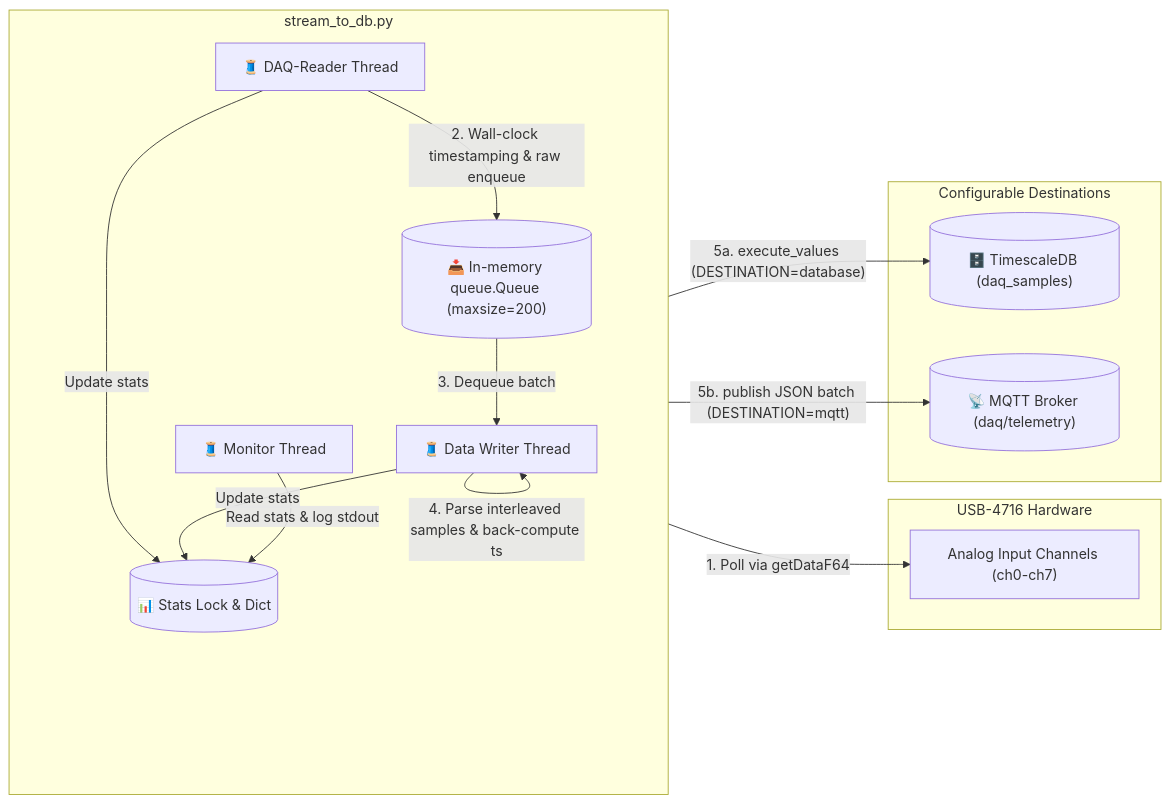
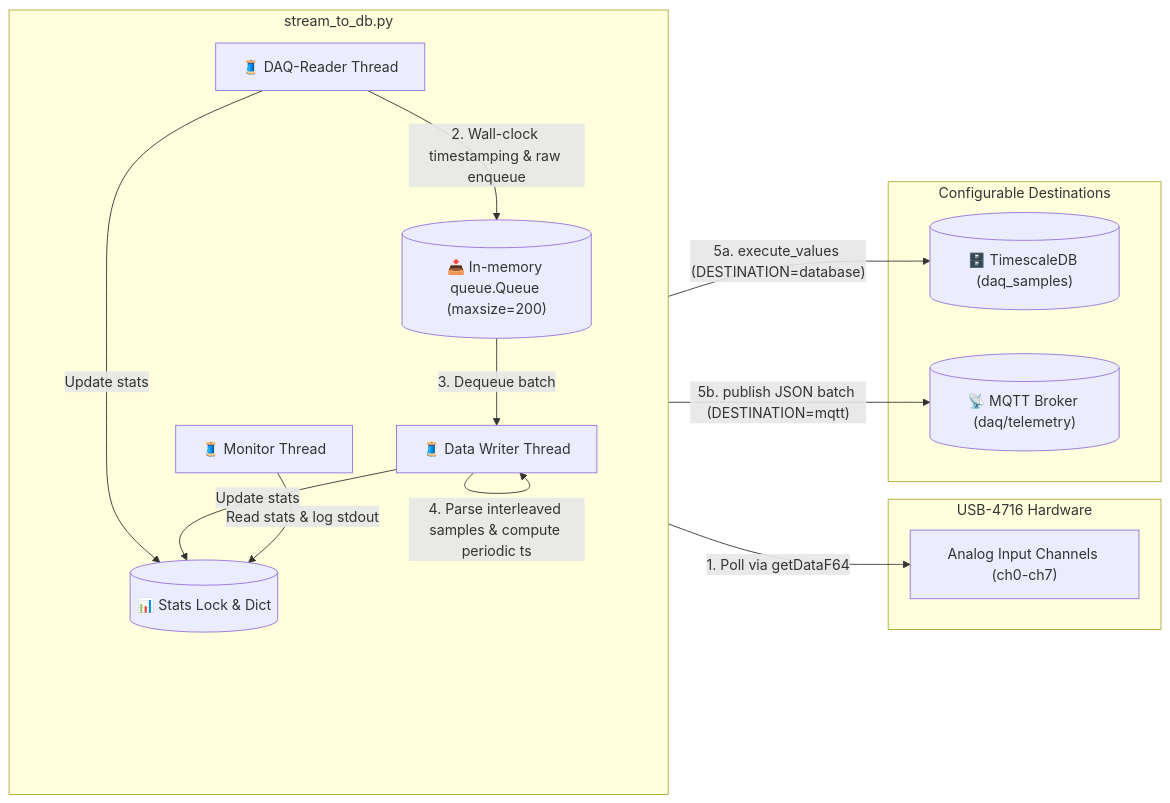
The third of 3 diagrams in README.md (Faiisu/DAQ-USB-4716), drawn with Mermaid before and after one commit. The commit also changed 4 other files, not shown here.

````diff
--- a/README.md
+++ b/README.md
@@ -89,31 +89,31 @@
 ```mermaid
 graph LR
     subgraph HW [USB-4716 Hardware]
         AI["Analog Input Channels (ch0-ch7)"]
     end
 
     subgraph Pipeline [stream_to_db.py]
         direction TB
         DAQThread["🧵 DAQ-Reader Thread"]
         Queue[("📥 In-memory queue.Queue (maxsize=200)")]
         WriterThread["🧵 Data Writer Thread"]
         Stats[("📊 Stats Lock & Dict")]
         MonitorThread["🧵 Monitor Thread"]
 
         DAQThread -->|1. Poll via getDataF64| AI
         DAQThread -->|2. Wall-clock timestamping & raw enqueue| Queue
         DAQThread -->|Update stats| Stats
         Queue -->|3. Dequeue batch| WriterThread
-        WriterThread -->|4. Parse interleaved samples & back-compute ts| WriterThread
+        WriterThread -->|4. Parse interleaved samples & compute periodic ts| WriterThread
         WriterThread -->|Update stats| Stats
         MonitorThread -->|Read stats & log stdout| Stats
     end
 
     subgraph Targets [Configurable Destinations]
         TimescaleDB[("🗄️ TimescaleDB (daq_samples)")]
         MQTTBroker[("📡 MQTT Broker (daq/telemetry)")]
     end
 
     WriterThread -->|"5a. execute_values (DESTINATION=database)"| TimescaleDB
     WriterThread -->|"5b. publish JSON batch (DESTINATION=mqtt)"| MQTTBroker
 ```
````
